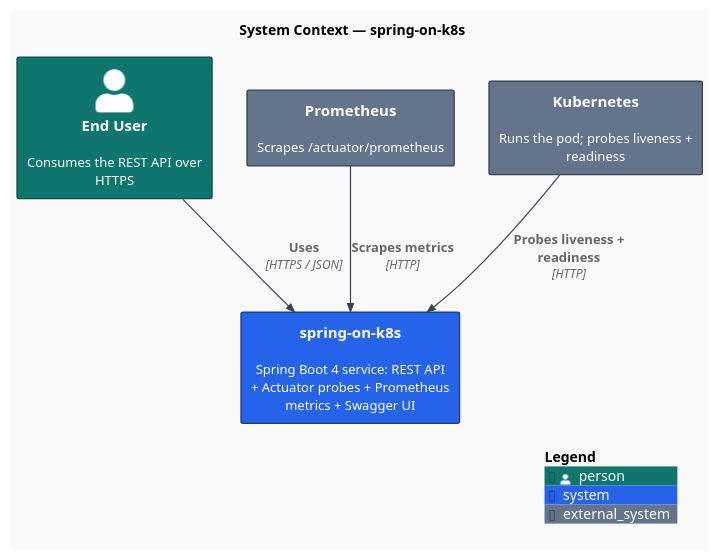
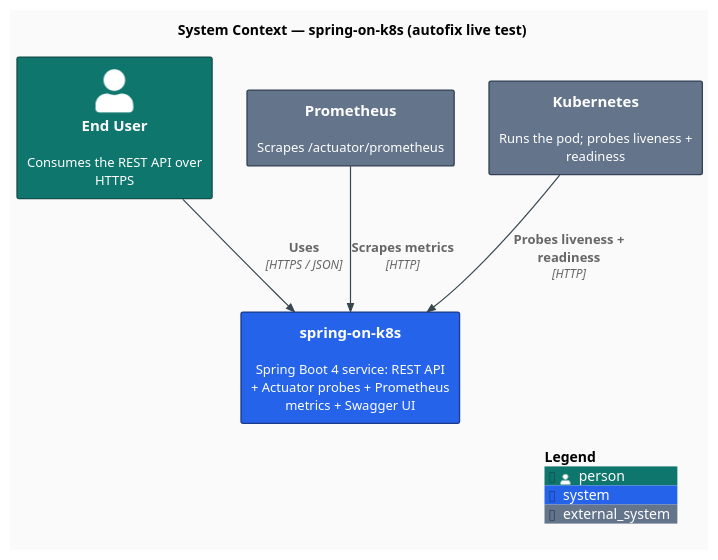
The diagram in docs/diagrams/c4-context.puml (AndriyKalashnykov/spring-on-k8s), drawn with PlantUML before and after one commit. The commit also changed 1 other file, not shown here.

Commit message:
test: simulate a Boot catch-up and diagram drift (autofix live test, do not merge)

```diff
--- a/docs/diagrams/c4-context.puml
+++ b/docs/diagrams/c4-context.puml
@@ -1,30 +1,30 @@
 @startuml c4-context
 !include https://raw.githubusercontent.com/plantuml-stdlib/C4-PlantUML/v2.14.0/C4_Context.puml
 
 ' Modern flat styling: no shadows, sharper corners, clean sans-serif, modern palette.
 skinparam backgroundColor #FAFAFA
 skinparam shadowing false
 skinparam roundCorner 4
 skinparam defaultFontName "Inter, Helvetica, Arial, sans-serif"
 skinparam defaultFontSize 13
 skinparam ArrowColor #37474F
 skinparam ArrowThickness 1.2
 skinparam rectangleBorderThickness 1.3
 
 UpdateElementStyle("person",     $fontColor="#FFFFFF", $bgColor="#0F766E", $borderColor="#134E4A")
 UpdateElementStyle("system",     $fontColor="#FFFFFF", $bgColor="#2563EB", $borderColor="#1E3A8A")
 UpdateElementStyle("external_system", $fontColor="#FFFFFF", $bgColor="#64748B", $borderColor="#334155")
 
-title System Context — spring-on-k8s
+title System Context — spring-on-k8s (autofix live test)
 
 Person(user, "End User", "Consumes the REST API over HTTPS")
 System(sys, "spring-on-k8s", "Spring Boot 4 service: REST API + Actuator probes + Prometheus metrics + Swagger UI")
 System_Ext(prom, "Prometheus", "Scrapes /actuator/prometheus")
 System_Ext(k8s, "Kubernetes", "Runs the pod; probes liveness + readiness")
 
 Rel(user, sys, "Uses", "HTTPS / JSON")
 Rel(prom, sys, "Scrapes metrics", "HTTP")
 Rel(k8s, sys, "Probes liveness + readiness", "HTTP")
 
 SHOW_LEGEND()
 @enduml
```
